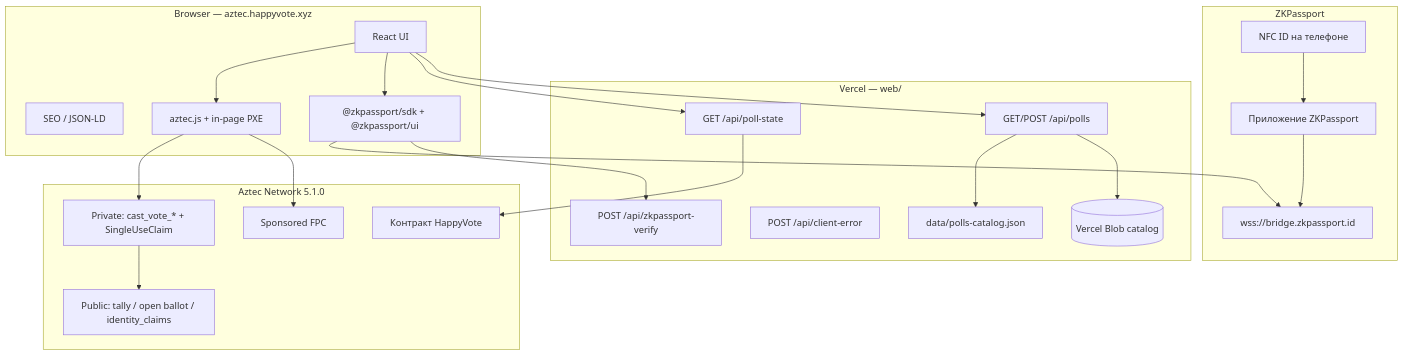
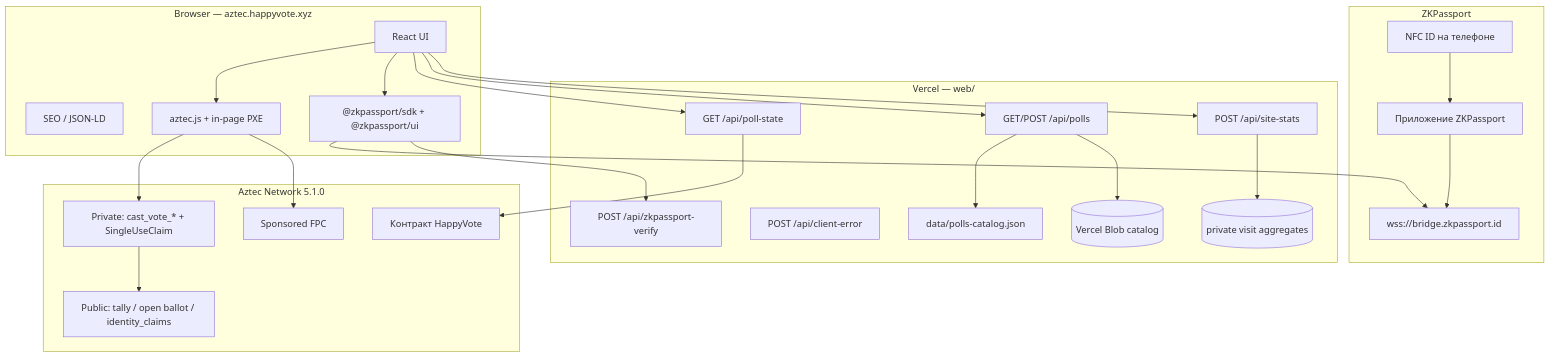
One commit to pittpv/happy-vote-aztec changed the first of 2 diagrams in docs/ru/02-ARCHITECTURE.md. Above: the diagram before and after it, drawn with Mermaid. The commit also changed other lines of this file and 61 other files, not shown here.

````diff
--- a/docs/ru/02-ARCHITECTURE.md
+++ b/docs/ru/02-ARCHITECTURE.md
@@ -7,46 +7,50 @@
 ```mermaid
 flowchart TB
   subgraph Client["Browser — aztec.happyvote.xyz"]
     UI[React UI]
     SEO[SEO / JSON-LD]
     AZJS[aztec.js + in-page PXE]
     ZKP["@zkpassport/sdk + @zkpassport/ui"]
   end
 
   subgraph Edge["Vercel — web/"]
     PollState["GET /api/poll-state"]
     PollsAPI["GET/POST /api/polls"]
     ZkAPI["POST /api/zkpassport-verify"]
     ErrAPI["POST /api/client-error"]
+    StatsAPI["POST /api/site-stats"]
     Blob[(Vercel Blob catalog)]
+    StatsBlob[(private visit aggregates)]
     Seed[data/polls-catalog.json]
   end
 
   subgraph Identity["ZKPassport"]
     Phone[NFC ID на телефоне]
     ZKPApp[Приложение ZKPassport]
     Bridge[wss://bridge.zkpassport.id]
   end
 
   subgraph AztecL2["Aztec Network 5.1.0"]
     HV[Контракт HappyVote]
     PrivateExec["Private: cast_vote_* + SingleUseClaim"]
     PublicExec["Public: tally / open ballot / identity_claims"]
     FPC[Sponsored FPC]
   end
 
   UI --> AZJS
   UI --> ZKP
   UI --> PollState
   UI --> PollsAPI
+  UI --> StatsAPI
   ZKP --> Bridge
   Phone --> ZKPApp
   ZKPApp --> Bridge
   ZKP --> ZkAPI
   PollsAPI --> Seed
   PollsAPI --> Blob
+  StatsAPI --> StatsBlob
   AZJS --> PrivateExec
   PrivateExec --> PublicExec
   AZJS --> FPC
   PollState --> HV
 ```
````
